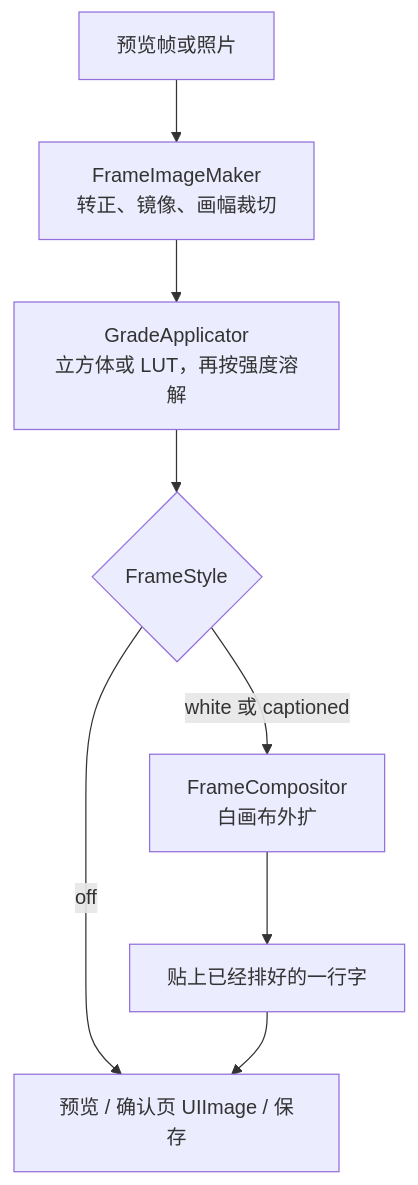
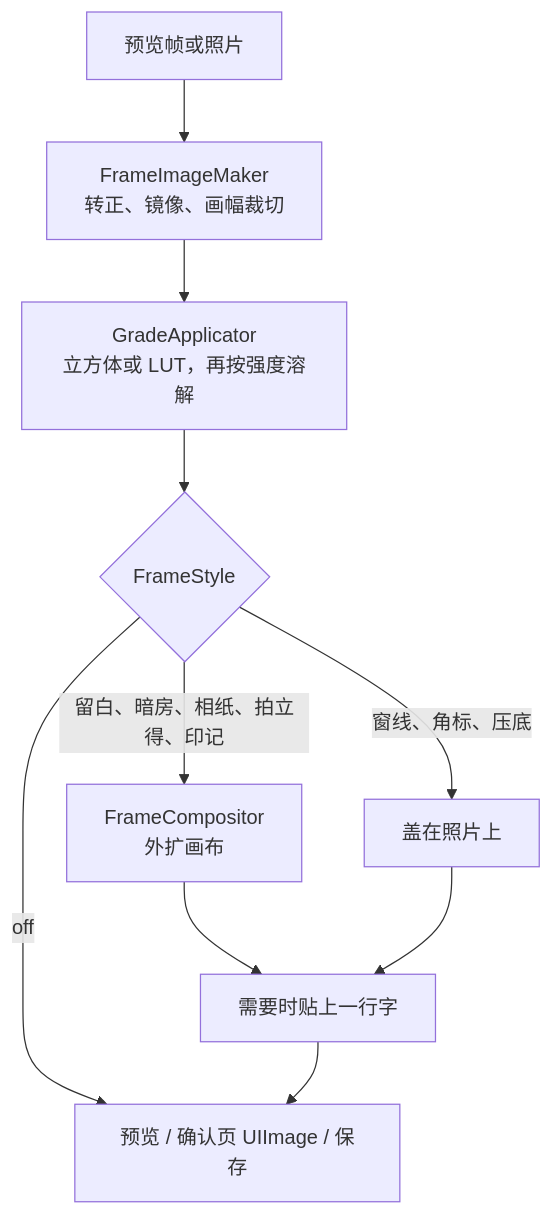
The second of 2 diagrams in design/frame.md (zhe-ma/angie-filter), drawn with Mermaid before and after one commit. The commit also changed other lines of this file and 13 other files, not shown here.

````diff
--- a/design/frame.md
+++ b/design/frame.md
@@ -116,10 +119,12 @@
 ```mermaid
 flowchart TB
   src[预览帧或照片] --> geo["FrameImageMaker<br/>转正、镜像、画幅裁切"]
   geo --> grade["GradeApplicator<br/>立方体或 LUT，再按强度溶解"]
   grade --> frame{FrameStyle}
   frame -->|off| out[预览 / 确认页 UIImage / 保存]
-  frame -->|white 或 captioned| canvas["FrameCompositor<br/>白画布外扩"]
-  canvas --> glyphs[贴上已经排好的一行字]
+  frame -->|留白、暗房、相纸、拍立得、印记| canvas["FrameCompositor<br/>外扩画布"]
+  frame -->|窗线、角标、压底| overlay["盖在照片上"]
+  canvas --> glyphs[需要时贴上一行字]
+  overlay --> glyphs
   glyphs --> out
 ```
````
